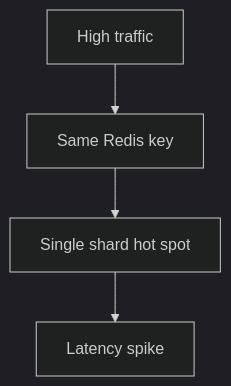
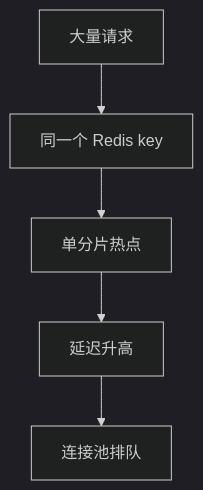
Before and after one commit to AmazingCaddy/readings-backend: the first of 3 diagrams in docs/cache/hot-key.md, drawn with Mermaid (dark theme). The commit also changed other lines of this file, not shown here.

Commit message:
docs: expand hot key guide

````diff
--- a/docs/cache/hot-key.md
+++ b/docs/cache/hot-key.md
@@ -9,6 +12,7 @@
 ```mermaid
 flowchart TD
-    A[High traffic] --> B[Same Redis key]
-    B --> C[Single shard hot spot]
-    C --> D[Latency spike]
+    A[大量请求] --> B[同一个 Redis key]
+    B --> C[单分片热点]
+    C --> D[延迟升高]
+    D --> E[连接池排队]
 ```
````
